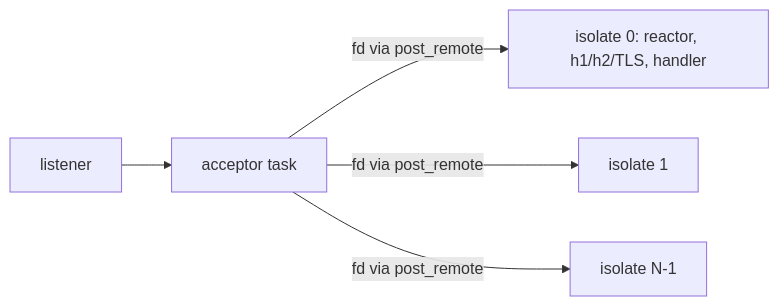
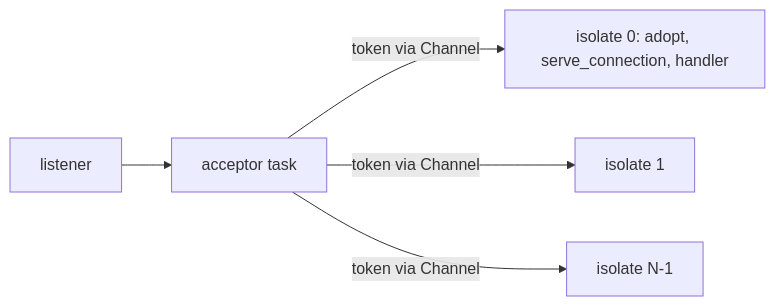
One commit to manuscript-lang/manuscript changed the diagram in proposals/http-server-multicore.md. Above: the diagram before and after it, drawn with Mermaid. The commit also changed other lines of this file, not shown here.

````diff
--- a/proposals/http-server-multicore.md
+++ b/proposals/http-server-multicore.md
@@ -45,7 +44,7 @@
 ```mermaid
 flowchart LR
   L[listener] --> A[acceptor task]
-  A -- fd via post_remote --> I0[isolate 0: reactor, h1/h2/TLS, handler]
-  A -- fd via post_remote --> I1[isolate 1]
-  A -- fd via post_remote --> I2[isolate N-1]
+  A -- token via Channel --> I0[isolate 0: adopt, serve_connection, handler]
+  A -- token via Channel --> I1[isolate 1]
+  A -- token via Channel --> I2[isolate N-1]
 ```
````
